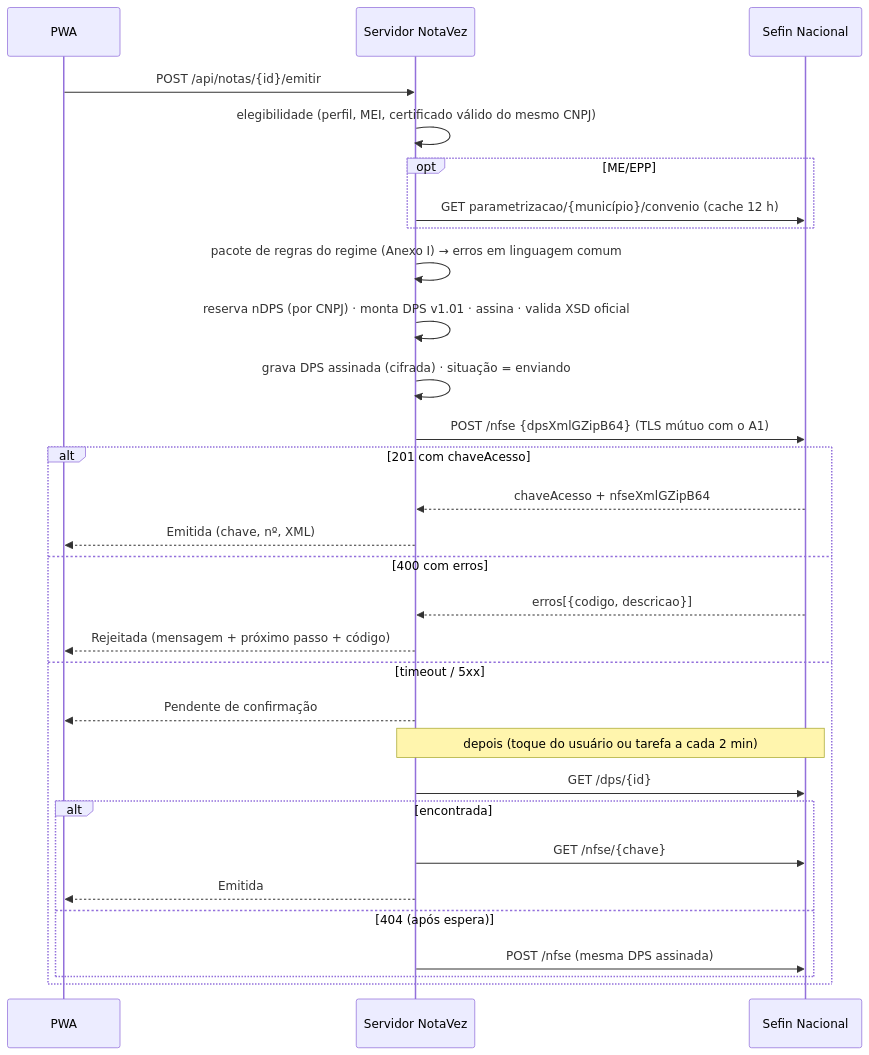
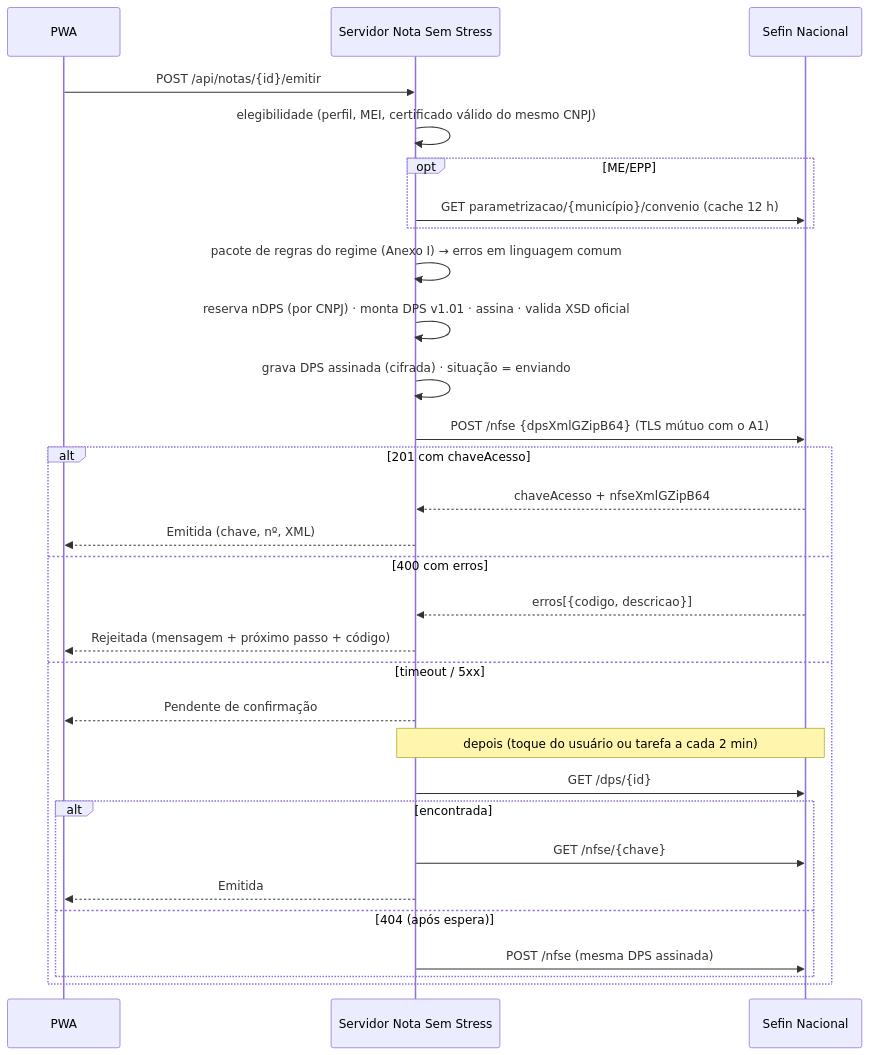
The fourth of 4 diagrams in docs/03-dados-e-integracao.md (fredabsd-svg/NotaVez), drawn with Mermaid before and after one commit. The commit also changed other lines of this file and 57 other files, not shown here.

First line of the commit message:
Renomeia o app de NotaVez para Nota Sem Stress

````diff
--- a/docs/03-dados-e-integracao.md
+++ b/docs/03-dados-e-integracao.md
@@ -127,32 +127,32 @@
 ```mermaid
 sequenceDiagram
   participant U as PWA
-  participant S as Servidor NotaVez
+  participant S as Servidor Nota Sem Stress
   participant R as Sefin Nacional
   U->>S: POST /api/notas/{id}/emitir
   S->>S: elegibilidade (perfil, MEI, certificado válido do mesmo CNPJ)
   opt ME/EPP
     S->>R: GET parametrizacao/{município}/convenio (cache 12 h)
   end
   S->>S: pacote de regras do regime (Anexo I) → erros em linguagem comum
   S->>S: reserva nDPS (por CNPJ) · monta DPS v1.01 · assina · valida XSD oficial
   S->>S: grava DPS assinada (cifrada) · situação = enviando
   S->>R: POST /nfse {dpsXmlGZipB64} (TLS mútuo com o A1)
   alt 201 com chaveAcesso
     R-->>S: chaveAcesso + nfseXmlGZipB64
     S-->>U: Emitida (chave, nº, XML)
   else 400 com erros
     R-->>S: erros[{codigo, descricao}]
     S-->>U: Rejeitada (mensagem + próximo passo + código)
   else timeout / 5xx
     S-->>U: Pendente de confirmação
     Note over S,R: depois (toque do usuário ou tarefa a cada 2 min)
     S->>R: GET /dps/{id}
     alt encontrada
       S->>R: GET /nfse/{chave}
       S-->>U: Emitida
     else 404 (após espera)
       S->>R: POST /nfse (mesma DPS assinada)
     end
   end
 ```
````
